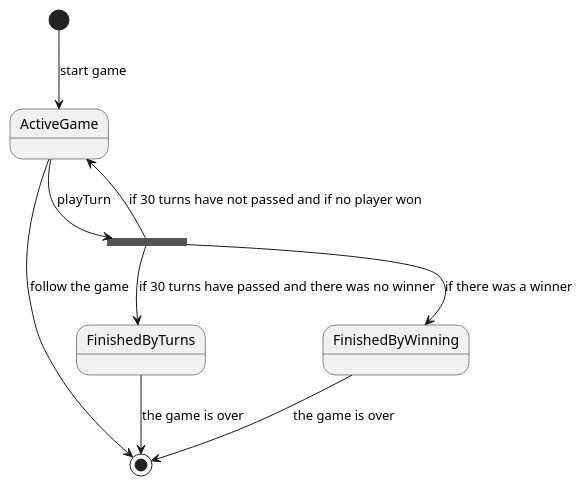
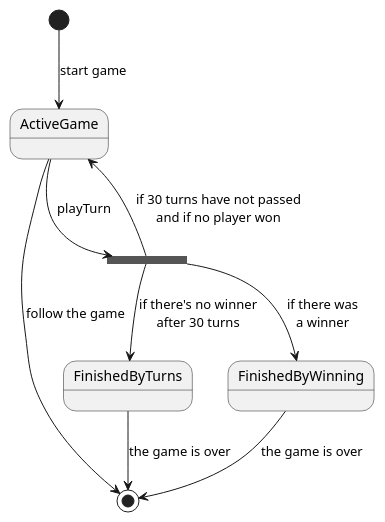
One commit to PabloGCH/tp2-algo3 changed the diagram in diagrams/states/gameStatus.plantuml. Above: the diagram before and after it, drawn with PlantUML. The commit also changed 4 other files, not shown here.

Commit message:
multilines in diagrams

```diff
--- a/diagrams/states/gameStatus.plantuml
+++ b/diagrams/states/gameStatus.plantuml
@@ -1,16 +1,16 @@
 @startuml
 
 [*] --> ActiveGame: start game
 
 state result <<fork>>
 ActiveGame --> result: playTurn
 
-result --> ActiveGame: if 30 turns have not passed and if no player won
-result --> FinishedByTurns: if 30 turns have passed and there was no winner
-result --> FinishedByWinning: if there was a winner
+result --> ActiveGame: if 30 turns have not passed\nand if no player won
+result --> FinishedByTurns: if there's no winner\nafter 30 turns
+result --> FinishedByWinning: if there was\na winner
 
 ActiveGame -> [*]: follow the game
 FinishedByTurns --> [*]: the game is over
 FinishedByWinning --> [*]: the game is over
 
 @enduml
```
